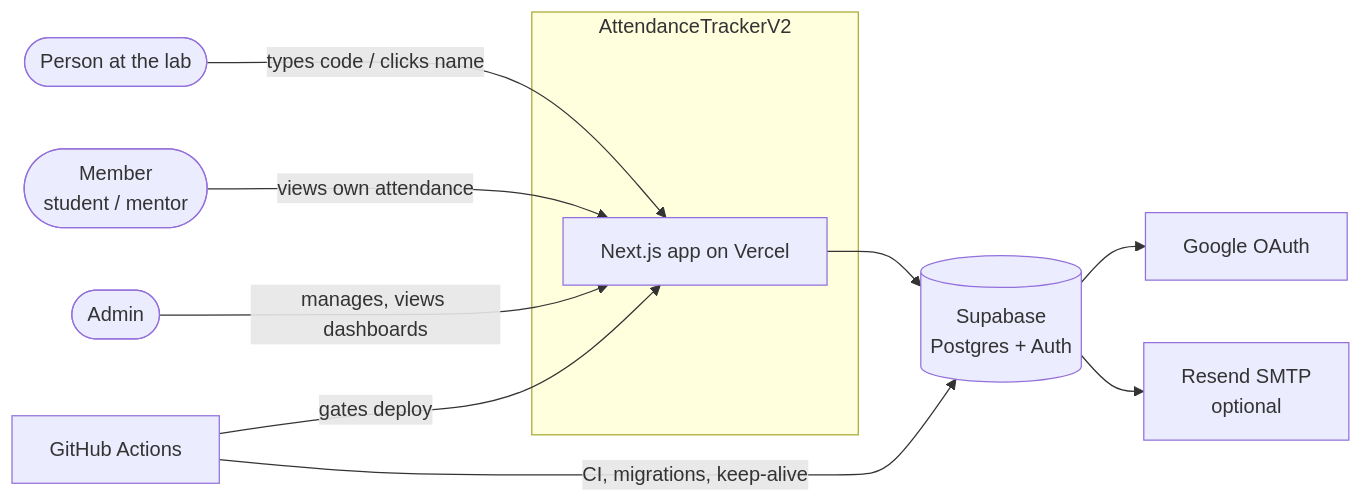
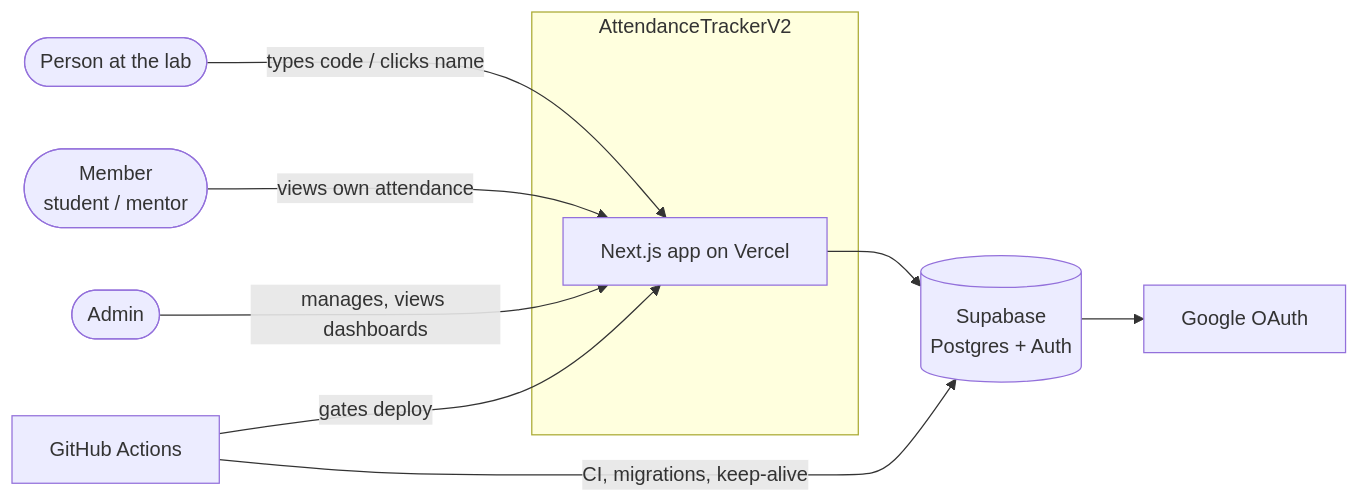
One commit to 1156UnderControl/AttendanceTrackerV2 changed the first of 4 diagrams in docs/architecture/overview.md. Above: the diagram before and after it, drawn with Mermaid. The commit also changed other lines of this file and 62 other files, not shown here.

````diff
--- a/docs/architecture/overview.md
+++ b/docs/architecture/overview.md
@@ -5,22 +5,20 @@
 ```mermaid
 flowchart LR
   member([Member<br/>student / mentor])
   admin([Admin])
   kioskUser([Person at the lab])
   subgraph sys[AttendanceTrackerV2]
     app[Next.js app on Vercel]
   end
   supa[(Supabase<br/>Postgres + Auth)]
   google[Google OAuth]
-  resend[Resend SMTP<br/>optional]
   gha[GitHub Actions]
 
   kioskUser -->|types code / clicks name| app
   member -->|views own attendance| app
   admin -->|manages, views dashboards| app
   app --> supa
   supa --> google
-  supa --> resend
   gha -->|CI, migrations, keep-alive| supa
   gha -->|gates deploy| app
 ```
````
